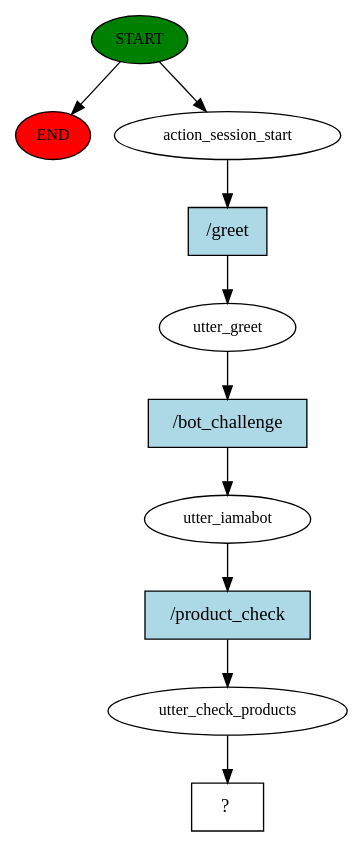
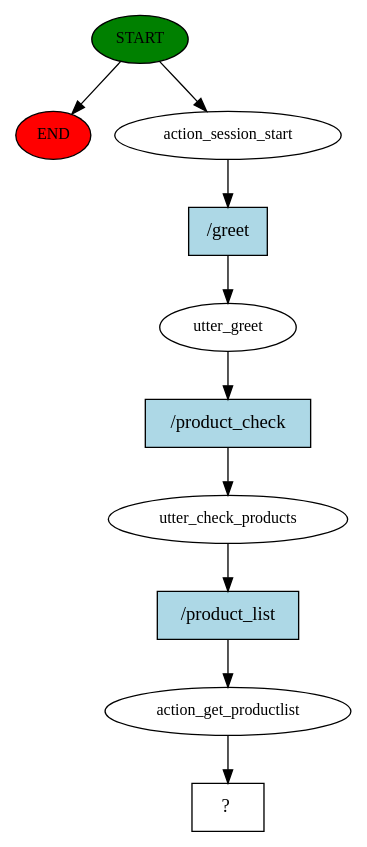
Before and after one commit to Buddhima-JD3/Salesmanbot: the diagram in chatbot/story_graph.dot, drawn with Graphviz. The commit also changed 20 other files, not shown here.

```diff
--- a/chatbot/story_graph.dot
+++ b/chatbot/story_graph.dot
@@ -1,21 +1,21 @@
 digraph  {
 0 [class="start active", fillcolor=green, fontsize=12, label=START, style=filled];
 "-1" [class=end, fillcolor=red, fontsize=12, label=END, style=filled];
 1 [class=active, fontsize=12, label=action_session_start];
 2 [class=active, fontsize=12, label=utter_greet];
-3 [class=active, fontsize=12, label=utter_iamabot];
-4 [class=active, fontsize=12, label=utter_check_products];
+3 [class=active, fontsize=12, label=utter_check_products];
+4 [class=active, fontsize=12, label=action_get_productlist];
 5 [class="intent dashed active", label="  ?  ", shape=rect];
 6 [class="intent active", fillcolor=lightblue, label="/greet", shape=rect, style=filled];
-7 [class="intent active", fillcolor=lightblue, label="/bot_challenge", shape=rect, style=filled];
-8 [class="intent active", fillcolor=lightblue, label="/product_check", shape=rect, style=filled];
+7 [class="intent active", fillcolor=lightblue, label="/product_check", shape=rect, style=filled];
+8 [class="intent active", fillcolor=lightblue, label="/product_list", shape=rect, style=filled];
 0 -> "-1"  [class="", key=NONE, label=""];
 0 -> 1  [class=active, key=NONE, label=""];
 1 -> 6  [class=active, key=0];
 2 -> 7  [class=active, key=0];
 3 -> 8  [class=active, key=0];
 4 -> 5  [class=active, key=NONE, label=""];
 6 -> 2  [class=active, key=0];
 7 -> 3  [class=active, key=0];
 8 -> 4  [class=active, key=0];
 }
```
